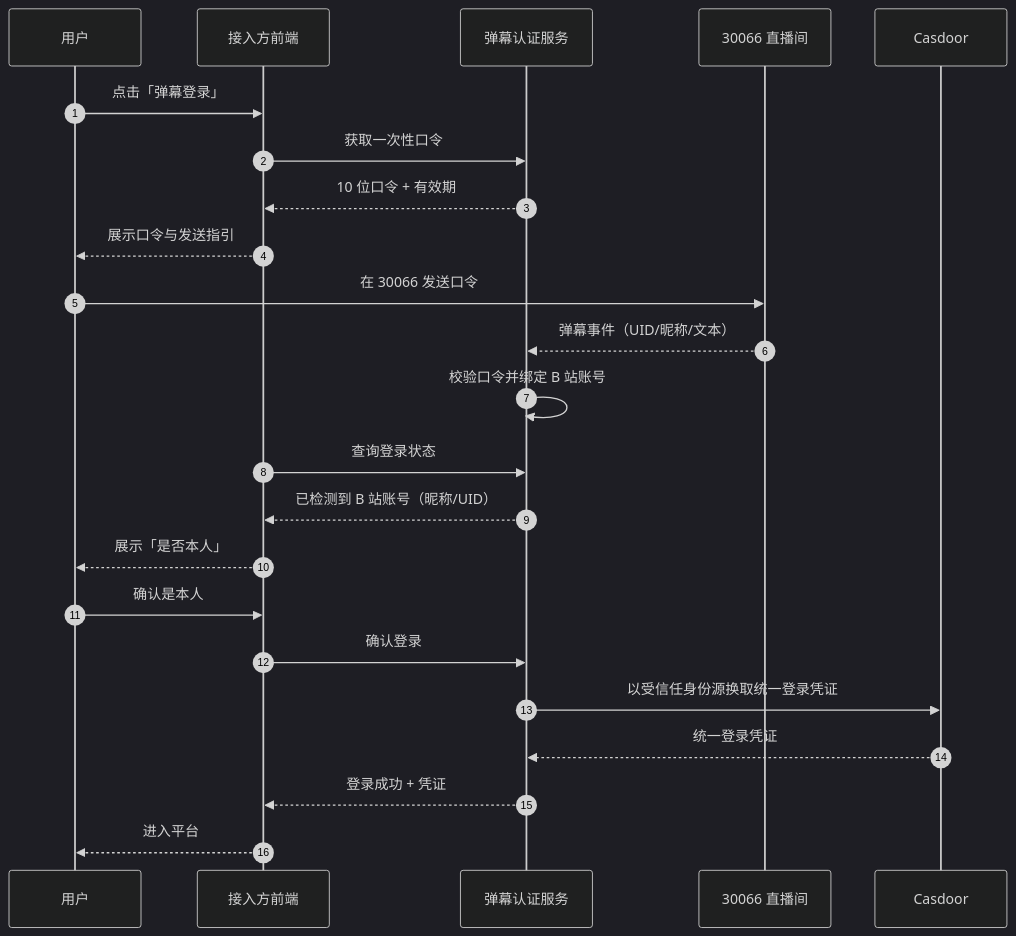
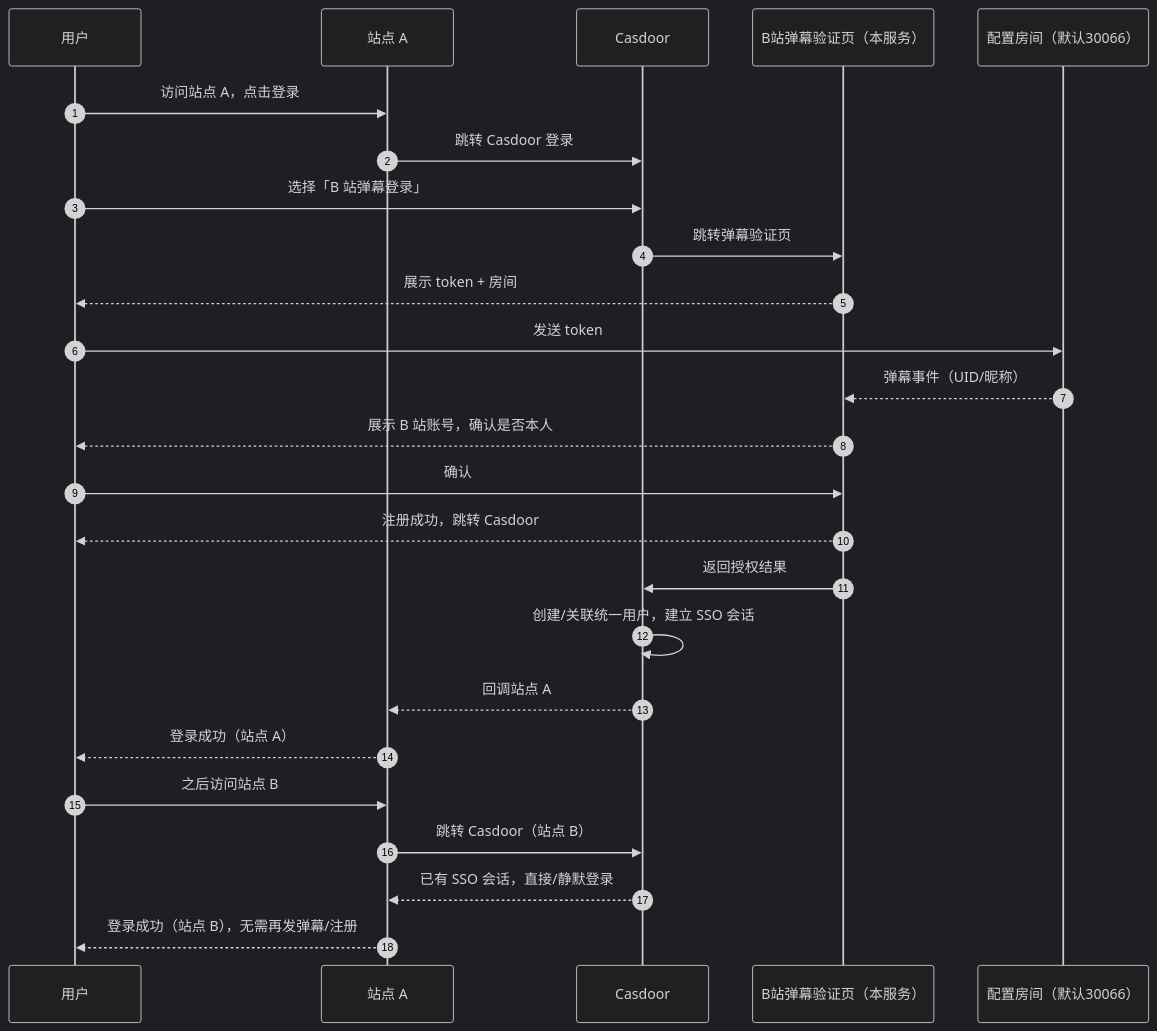
Before and after one commit to Deliay/z-vtuber: the fourth of 4 diagrams in docs/product/draft/20261119-danmaku-account-auth-prd.md, drawn with Mermaid (dark theme). The commit also changed other lines of this file and 1 other file, not shown here.

Commit message:
docs(auth): 返工 v2.0，改为多站点 Casdoor SSO 与多房间事件源

````diff
--- a/docs/product/draft/20261119-danmaku-account-auth-prd.md
+++ b/docs/product/draft/20261119-danmaku-account-auth-prd.md
@@ -325,26 +406,28 @@
 ```mermaid
 sequenceDiagram
     autonumber
     participant U as 用户
-    participant F as 接入方前端
-    participant A as 弹幕认证服务
-    participant R as 30066 直播间
+    participant A as 站点 A
     participant C as Casdoor
+    participant P as B站弹幕验证页（本服务）
+    participant R as 配置房间（默认30066）
 
-    U->>F: 点击「弹幕登录」
-    F->>A: 获取一次性口令
-    A-->>F: 10 位口令 + 有效期
-    F-->>U: 展示口令与发送指引
-    U->>R: 在 30066 发送口令
-    R-->>A: 弹幕事件（UID/昵称/文本）
-    A->>A: 校验口令并绑定 B 站账号
-    F->>A: 查询登录状态
-    A-->>F: 已检测到 B 站账号（昵称/UID）
-    F-->>U: 展示「是否本人」
-    U->>F: 确认是本人
-    F->>A: 确认登录
-    A->>C: 以受信任身份源换取统一登录凭证
-    C-->>A: 统一登录凭证
-    A-->>F: 登录成功 + 凭证
-    F-->>U: 进入平台
+    U->>A: 访问站点 A，点击登录
+    A->>C: 跳转 Casdoor 登录
+    U->>C: 选择「B 站弹幕登录」
+    C->>P: 跳转弹幕验证页
+    P-->>U: 展示 token + 房间
+    U->>R: 发送 token
+    R-->>P: 弹幕事件（UID/昵称）
+    P-->>U: 展示 B 站账号，确认是否本人
+    U->>P: 确认
+    P-->>U: 注册成功，跳转 Casdoor
+    P->>C: 返回授权结果
+    C->>C: 创建/关联统一用户，建立 SSO 会话
+    C-->>A: 回调站点 A
+    A-->>U: 登录成功（站点 A）
+    U->>A: 之后访问站点 B
+    A->>C: 跳转 Casdoor（站点 B）
+    C-->>A: 已有 SSO 会话，直接/静默登录
+    A-->>U: 登录成功（站点 B），无需再发弹幕/注册
 ```
````
